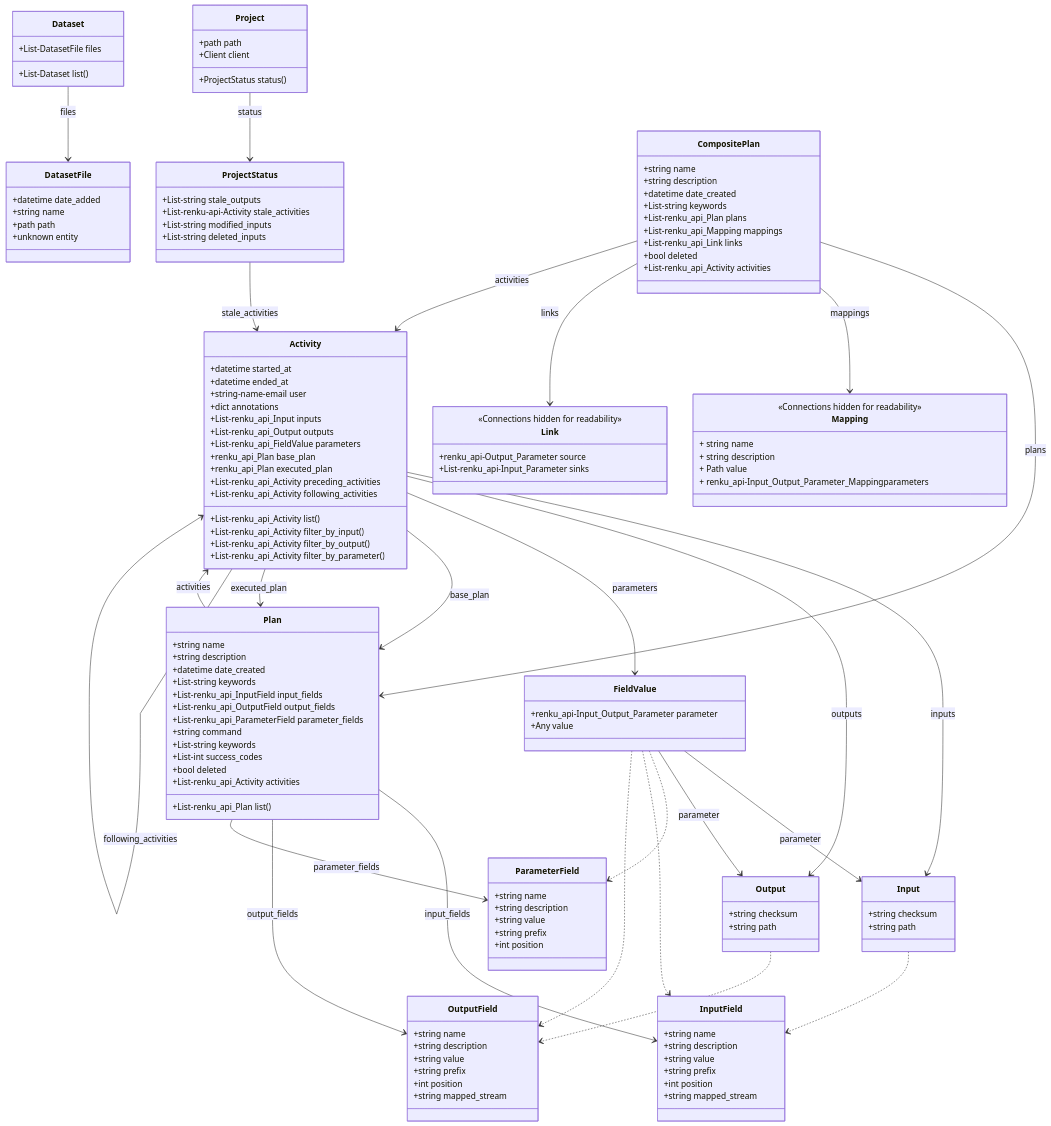
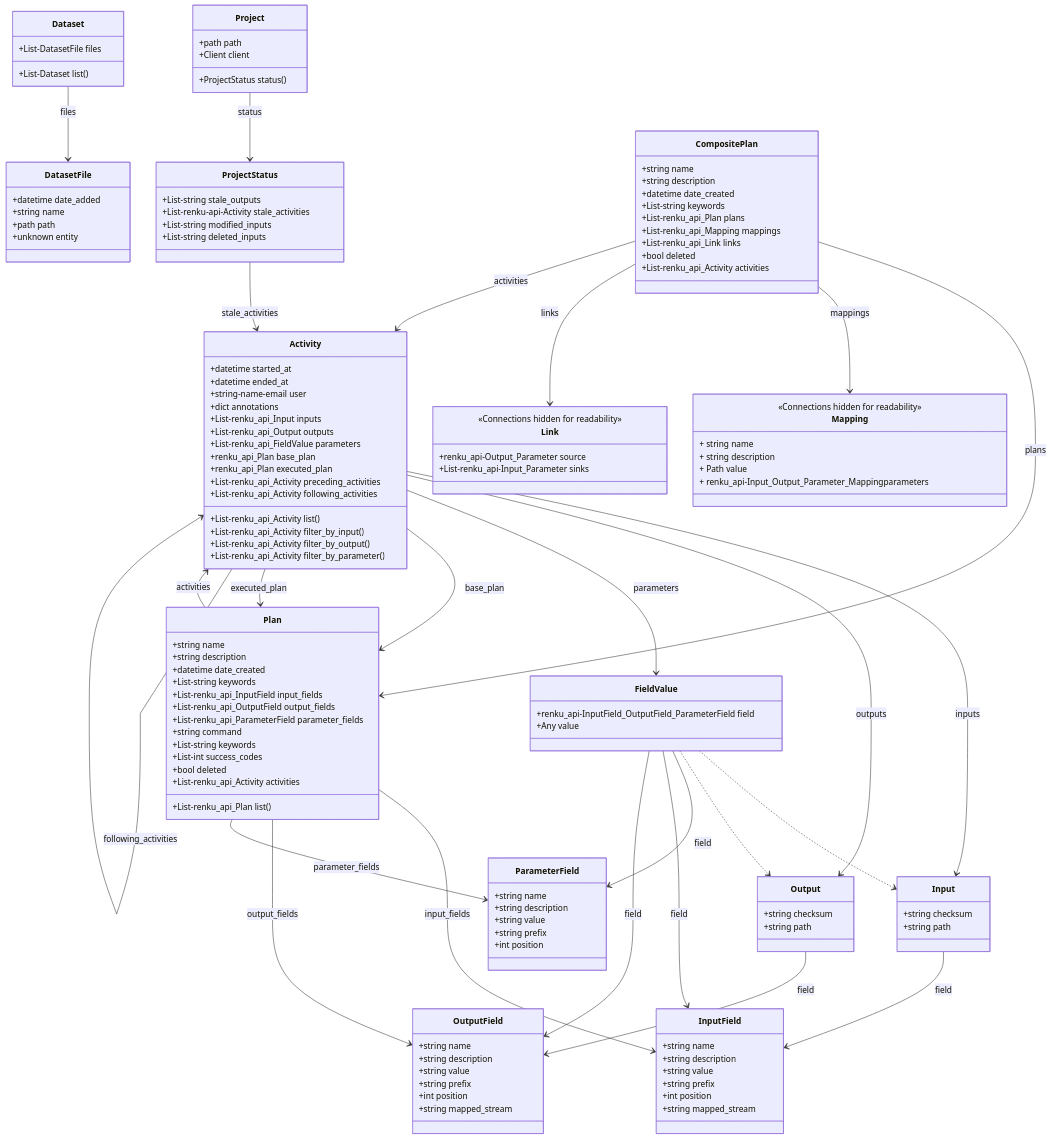
One commit to SwissDataScienceCenter/renku-design-docs changed the diagram in design/006-renku-api-activities-plans/006-renku-api-activities-plans.md. Above: the diagram before and after it, drawn with Mermaid. The commit also changed other lines of this file, not shown here.

Commit message:
Connect field_values back to their fields

```diff
--- a/design/006-renku-api-activities-plans/006-renku-api-activities-plans.md
+++ b/design/006-renku-api-activities-plans/006-renku-api-activities-plans.md
@@ -154,7 +154,7 @@
       +string path
     }
     class FieldValue {
-      +renku_api-Input_Output_Parameter parameter
+      +renku_api-InputField_OutputField_ParameterField field
       +Any value
     }
     Dataset --> DatasetFile : files
@@ -163,17 +163,17 @@
     Activity --> Input : inputs
     Activity --> Output : outputs
     Activity --> FieldValue : parameters
-    FieldValue --> Input : parameter 
-    FieldValue --> Output : parameter
-    Input ..> InputField
-    Output ..> OutputField
+    FieldValue ..> Input 
+    FieldValue ..> Output
+    Input --> InputField : field
+    Output --> OutputField : field
     Activity --> Plan : base_plan
     Activity --> Plan : executed_plan
     Activity --> Activity : preceding_activities
     Activity --> Activity : following_activities
-    FieldValue ..> ParameterField
-    FieldValue ..> InputField
-    FieldValue ..> OutputField
+    FieldValue --> ParameterField : field
+    FieldValue --> InputField : field
+    FieldValue --> OutputField : field
     Plan --> InputField : input_fields
     Plan --> OutputField : output_fields
     Plan --> ParameterField : parameter_fields
```
